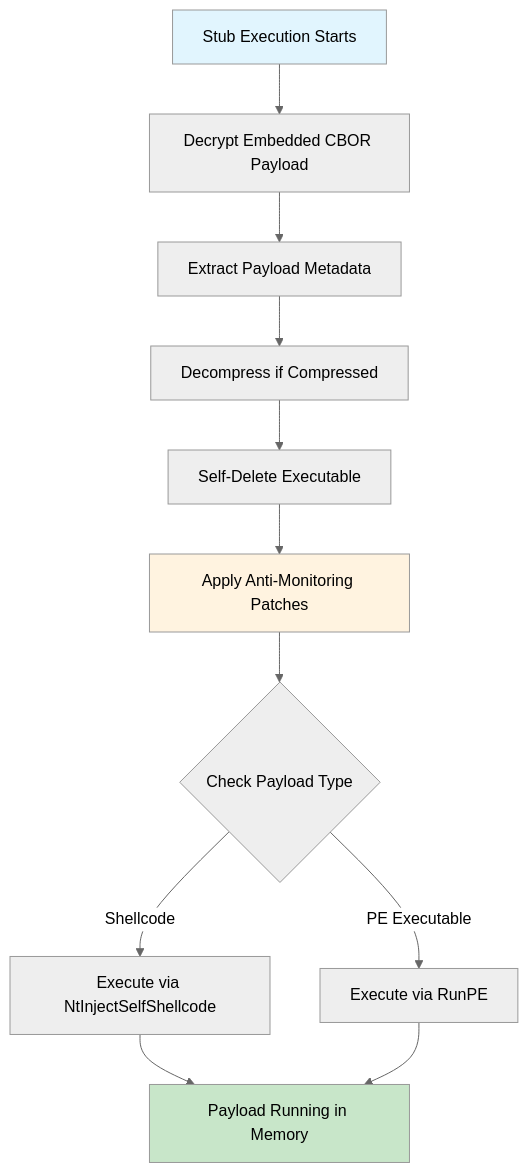
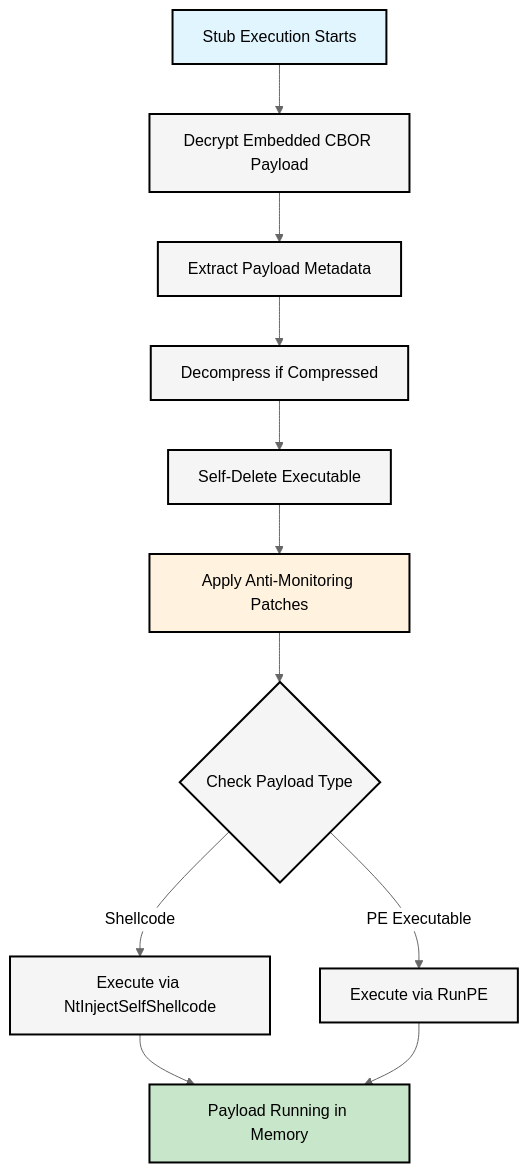
The diagram in README.md (carved4/go-crypter), drawn with Mermaid (neutral theme) before and after one commit.

Commit message:
fix mermaid diagram text

````diff
--- a/README.md
+++ b/README.md
@@ -52,17 +52,24 @@
 ```mermaid
 flowchart TD
     A["Stub Execution Starts"] --> B["Decrypt Embedded CBOR Payload"]
     B --> C["Extract Payload Metadata"]
     C --> D["Decompress if Compressed"]
     D --> E["Self-Delete Executable"]
     E --> F["Apply Anti-Monitoring Patches"]
     F --> G{"Check Payload Type"}
     G -->|Shellcode| H["Execute via NtInjectSelfShellcode"]
     G -->|PE Executable| I["Execute via RunPE"]
     H --> J["Payload Running in Memory"]
     I --> J
     
-    style A fill:#e1f5fe
-    style J fill:#c8e6c9
-    style F fill:#fff3e0
+    style A fill:#e1f5fe,stroke:#000,stroke-width:2px,color:#000
+    style B fill:#f5f5f5,stroke:#000,stroke-width:2px,color:#000
+    style C fill:#f5f5f5,stroke:#000,stroke-width:2px,color:#000
+    style D fill:#f5f5f5,stroke:#000,stroke-width:2px,color:#000
+    style E fill:#f5f5f5,stroke:#000,stroke-width:2px,color:#000
+    style F fill:#fff3e0,stroke:#000,stroke-width:2px,color:#000
+    style G fill:#f5f5f5,stroke:#000,stroke-width:2px,color:#000
+    style H fill:#f5f5f5,stroke:#000,stroke-width:2px,color:#000
+    style I fill:#f5f5f5,stroke:#000,stroke-width:2px,color:#000
+    style J fill:#c8e6c9,stroke:#000,stroke-width:2px,color:#000
 ```
````
